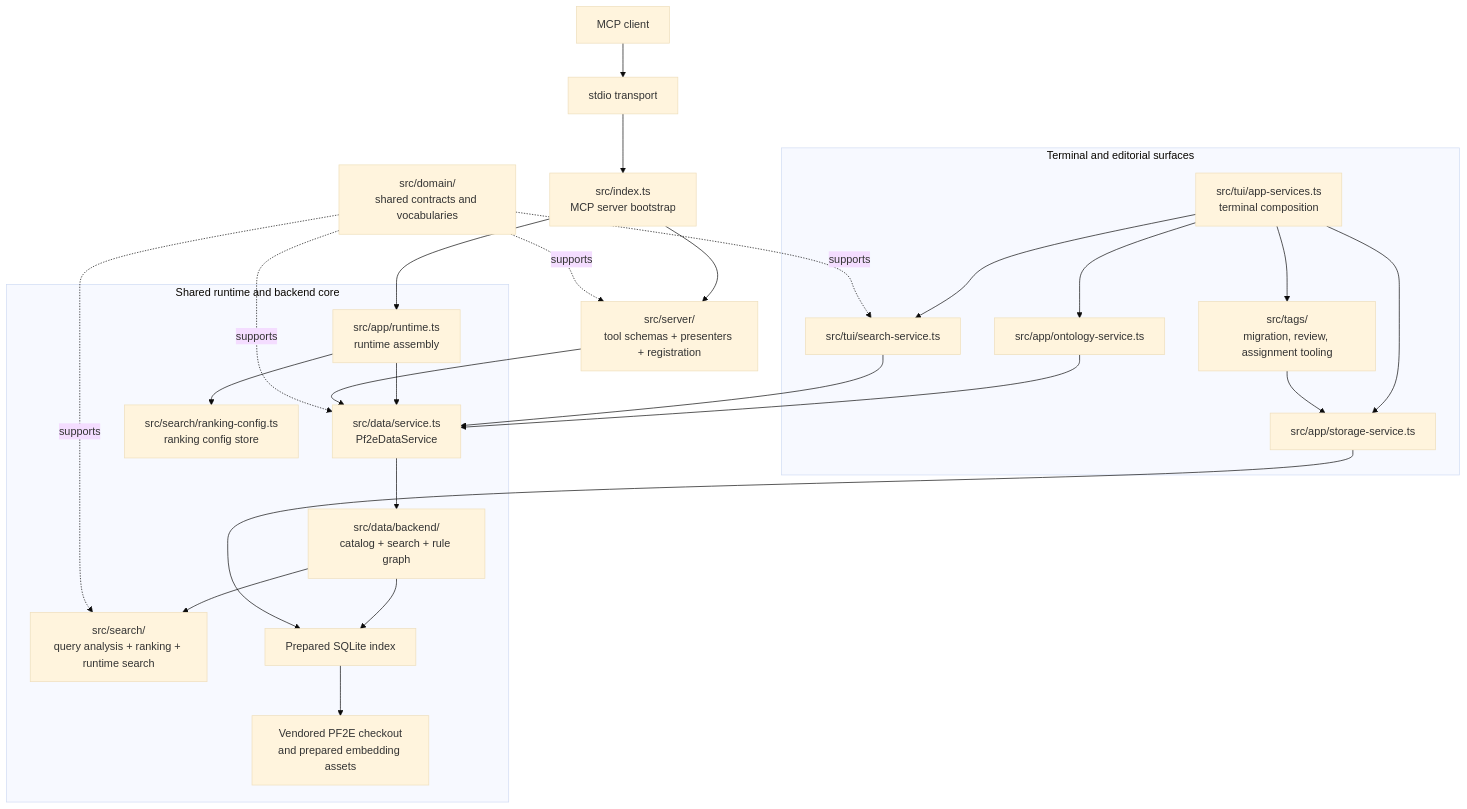
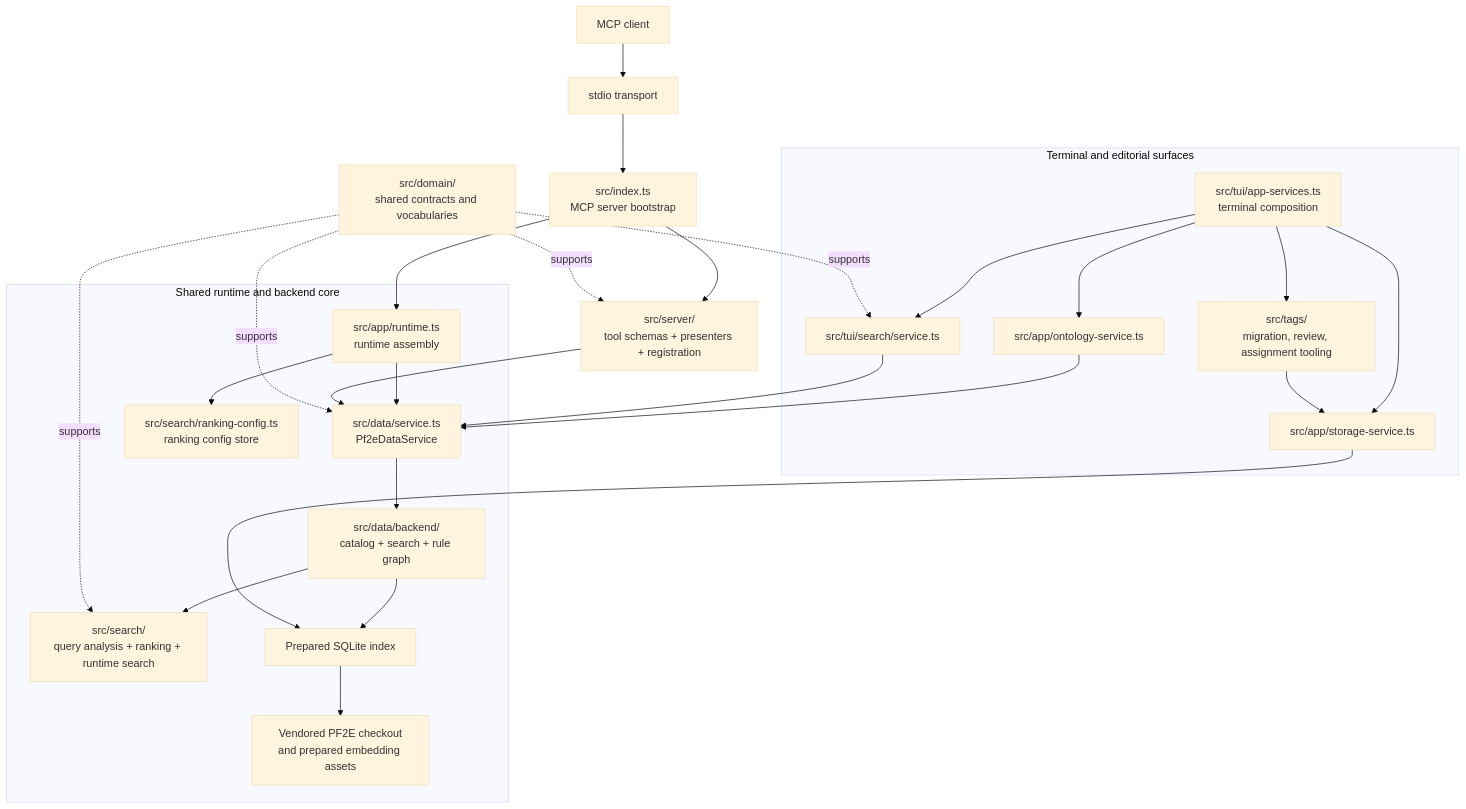
The first of 3 diagrams in docs/architecture/overview.md (e-kosten/pf2e-atlas), drawn with Mermaid (base theme) before and after one commit. The commit also changed other lines of this file and 30 other files, not shown here.

First line of the commit message:
refactor(tui): relayout search screen sources

````diff
--- a/docs/architecture/overview.md
+++ b/docs/architecture/overview.md
@@ -33,34 +33,34 @@
 ```mermaid
 flowchart TD
     client["MCP client"] --> stdio["stdio transport"]
     stdio --> server["src/index.ts<br/>MCP server bootstrap"]
     server --> appRuntime["src/app/runtime.ts<br/>runtime assembly"]
 
     subgraph SharedCore["Shared runtime and backend core"]
       appRuntime --> dataService["src/data/service.ts<br/>Pf2eDataService"]
       appRuntime --> ranking["src/search/ranking-config.ts<br/>ranking config store"]
       dataService --> catalog["src/data/backend/<br/>catalog + search + rule graph"]
       catalog --> search["src/search/<br/>query analysis + ranking + runtime search"]
       catalog --> db["Prepared SQLite index"]
       db --> vendor["Vendored PF2E checkout<br/>and prepared embedding assets"]
     end
 
     server --> toolHandlers["src/server/<br/>tool schemas + presenters + registration"]
     toolHandlers --> dataService
 
     subgraph TerminalAndEditorial["Terminal and editorial surfaces"]
       tuiRoot["src/tui/app-services.ts<br/>terminal composition"] --> ontology["src/app/ontology-service.ts"]
       tuiRoot --> storage["src/app/storage-service.ts"]
-      tuiRoot --> tuiSearch["src/tui/search-service.ts"]
+      tuiRoot --> tuiSearch["src/tui/search/service.ts"]
       tuiRoot --> tags["src/tags/<br/>migration, review, assignment tooling"]
       ontology --> dataService
       tuiSearch --> dataService
       storage --> db
       tags --> storage
     end
 
     domain["src/domain/<br/>shared contracts and vocabularies"] -. supports .-> dataService
     domain -. supports .-> search
     domain -. supports .-> toolHandlers
     domain -. supports .-> tuiSearch
 ```
````
